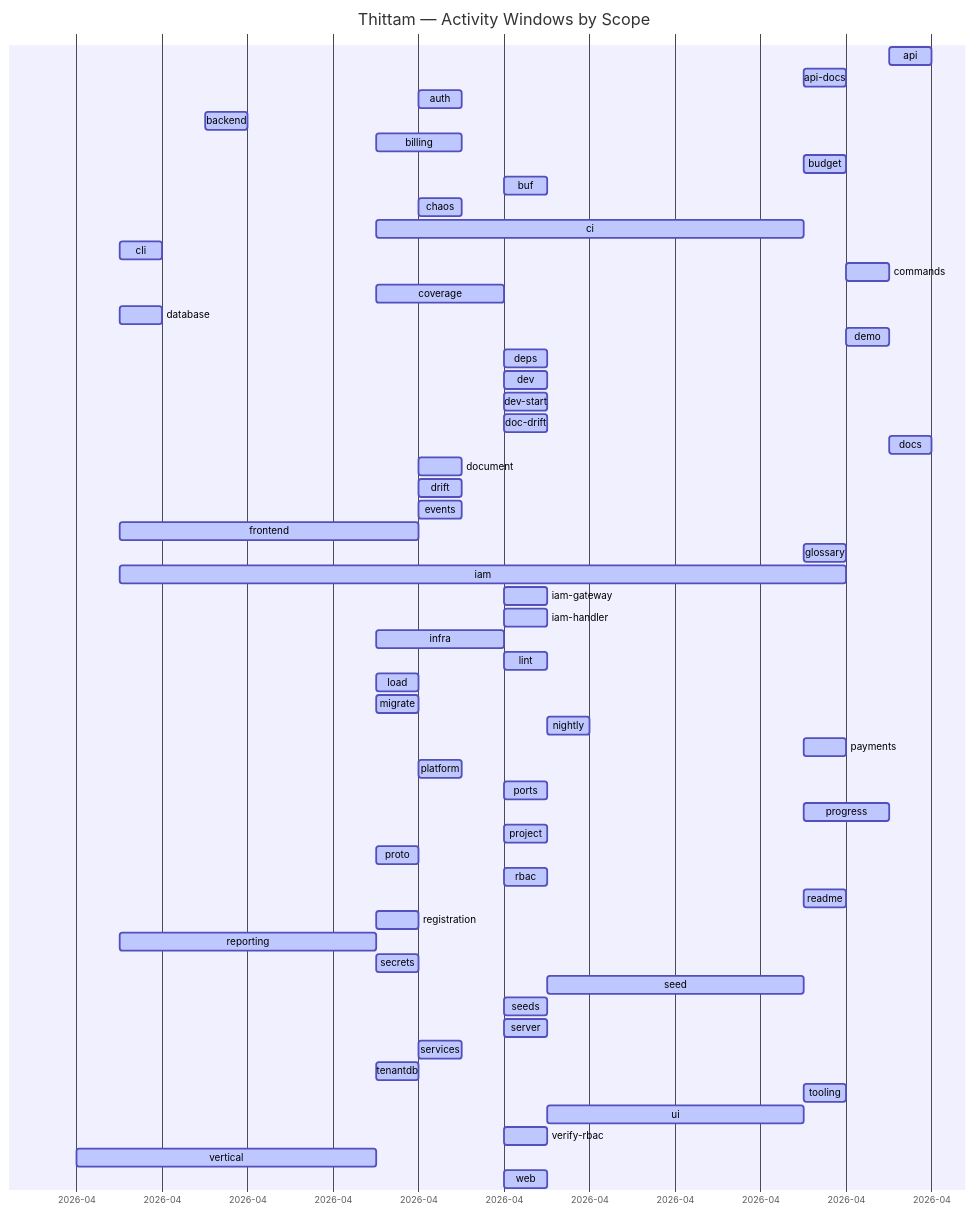
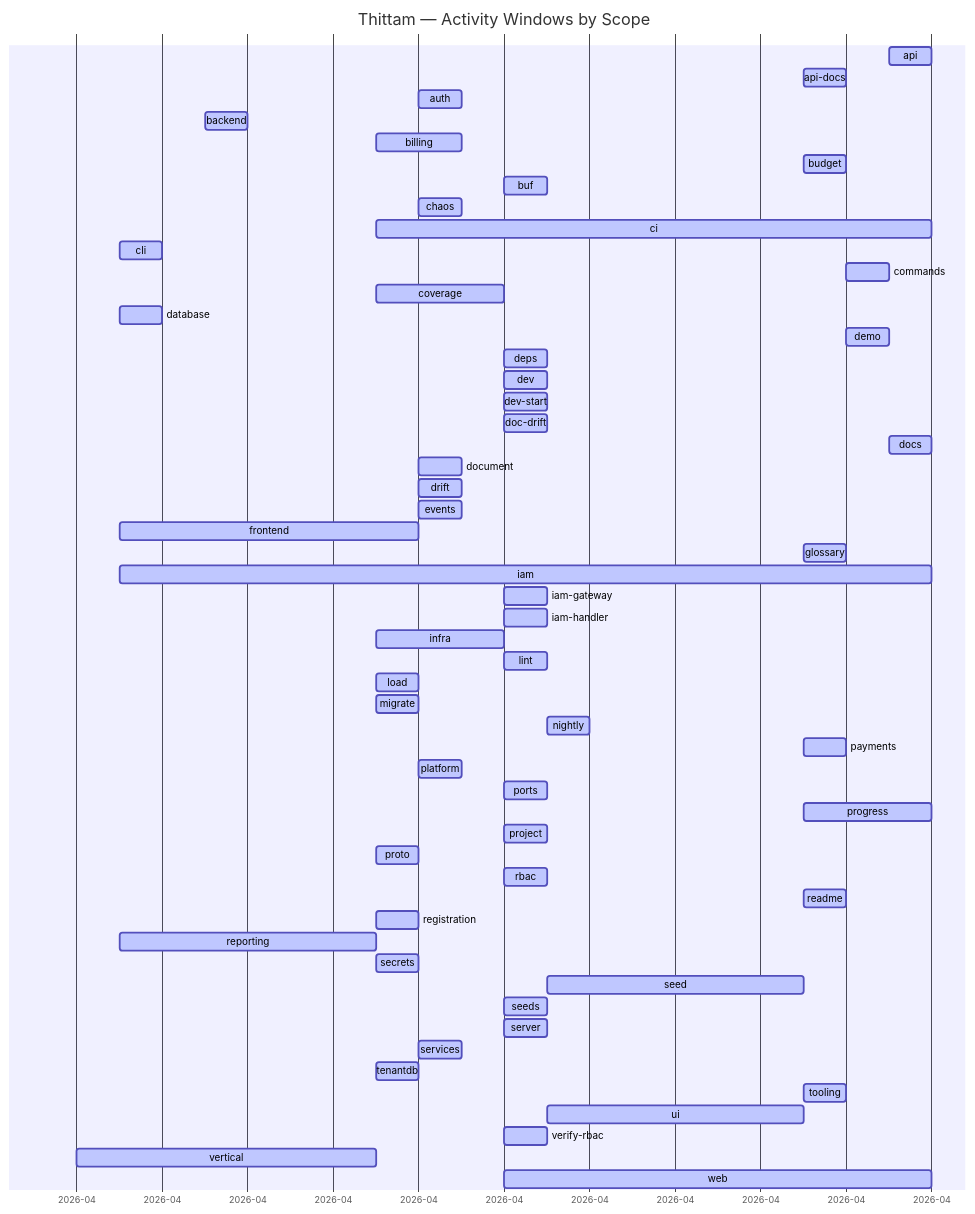
Before and after one commit to wegofwd2020-hub/thittam: the diagram in docs/PROGRESS.md, drawn with Mermaid. The commit also changed other lines of this file and 2 other files, not shown here.

Commit message:
chore(progress): nightly update of docs/PROGRESS.md + CSVs

````diff
--- a/docs/PROGRESS.md
+++ b/docs/PROGRESS.md
@@ -9,59 +9,59 @@
 ```mermaid
 gantt
     title Thittam — Activity Windows by Scope
     dateFormat YYYY-MM-DD
     axisFormat %Y-%m
     api                :active, s_api, 2026-04-22, 2026-04-23
     api-docs           :active, s_api_docs, 2026-04-20, 2026-04-21
     auth               :active, s_auth, 2026-04-11, 2026-04-12
     backend            :active, s_backend, 2026-04-06, 2026-04-07
     billing            :active, s_billing, 2026-04-10, 2026-04-12
     budget             :active, s_budget, 2026-04-20, 2026-04-21
     buf                :active, s_buf, 2026-04-13, 2026-04-14
     chaos              :active, s_chaos, 2026-04-11, 2026-04-12
-    ci                 :active, s_ci, 2026-04-10, 2026-04-20
+    ci                 :active, s_ci, 2026-04-10, 2026-04-23
     cli                :active, s_cli, 2026-04-04, 2026-04-05
     commands           :active, s_commands, 2026-04-21, 2026-04-22
     coverage           :active, s_coverage, 2026-04-10, 2026-04-13
     database           :active, s_database, 2026-04-04, 2026-04-05
     demo               :active, s_demo, 2026-04-21, 2026-04-22
     deps               :active, s_deps, 2026-04-13, 2026-04-14
     dev                :active, s_dev, 2026-04-13, 2026-04-14
     dev-start          :active, s_dev_start, 2026-04-13, 2026-04-14
     doc-drift          :active, s_doc_drift, 2026-04-13, 2026-04-14
     docs               :active, s_docs, 2026-04-22, 2026-04-23
     document           :active, s_document, 2026-04-11, 2026-04-12
     drift              :active, s_drift, 2026-04-11, 2026-04-12
     events             :active, s_events, 2026-04-11, 2026-04-12
     frontend           :active, s_frontend, 2026-04-04, 2026-04-11
     glossary           :active, s_glossary, 2026-04-20, 2026-04-21
-    iam                :active, s_iam, 2026-04-04, 2026-04-21
+    iam                :active, s_iam, 2026-04-04, 2026-04-23
     iam-gateway        :active, s_iam_gateway, 2026-04-13, 2026-04-14
     iam-handler        :active, s_iam_handler, 2026-04-13, 2026-04-14
     infra              :active, s_infra, 2026-04-10, 2026-04-13
     lint               :active, s_lint, 2026-04-13, 2026-04-14
     load               :active, s_load, 2026-04-10, 2026-04-11
     migrate            :active, s_migrate, 2026-04-10, 2026-04-11
     nightly            :active, s_nightly, 2026-04-14, 2026-04-15
     payments           :active, s_payments, 2026-04-20, 2026-04-21
     platform           :active, s_platform, 2026-04-11, 2026-04-12
     ports              :active, s_ports, 2026-04-13, 2026-04-14
-    progress           :active, s_progress, 2026-04-20, 2026-04-22
+    progress           :active, s_progress, 2026-04-20, 2026-04-23
     project            :active, s_project, 2026-04-13, 2026-04-14
     proto              :active, s_proto, 2026-04-10, 2026-04-11
     rbac               :active, s_rbac, 2026-04-13, 2026-04-14
     readme             :active, s_readme, 2026-04-20, 2026-04-21
     registration       :active, s_registration, 2026-04-10, 2026-04-11
     reporting          :active, s_reporting, 2026-04-04, 2026-04-10
     secrets            :active, s_secrets, 2026-04-10, 2026-04-11
     seed               :active, s_seed, 2026-04-14, 2026-04-20
     seeds              :active, s_seeds, 2026-04-13, 2026-04-14
     server             :active, s_server, 2026-04-13, 2026-04-14
     services           :active, s_services, 2026-04-11, 2026-04-12
     tenantdb           :active, s_tenantdb, 2026-04-10, 2026-04-11
     tooling            :active, s_tooling, 2026-04-20, 2026-04-21
     ui                 :active, s_ui, 2026-04-14, 2026-04-20
     verify-rbac        :active, s_verify_rbac, 2026-04-13, 2026-04-14
     vertical           :active, s_vertical, 2026-04-03, 2026-04-10
-    web                :active, s_web, 2026-04-13, 2026-04-14
+    web                :active, s_web, 2026-04-13, 2026-04-23
 ```
````
